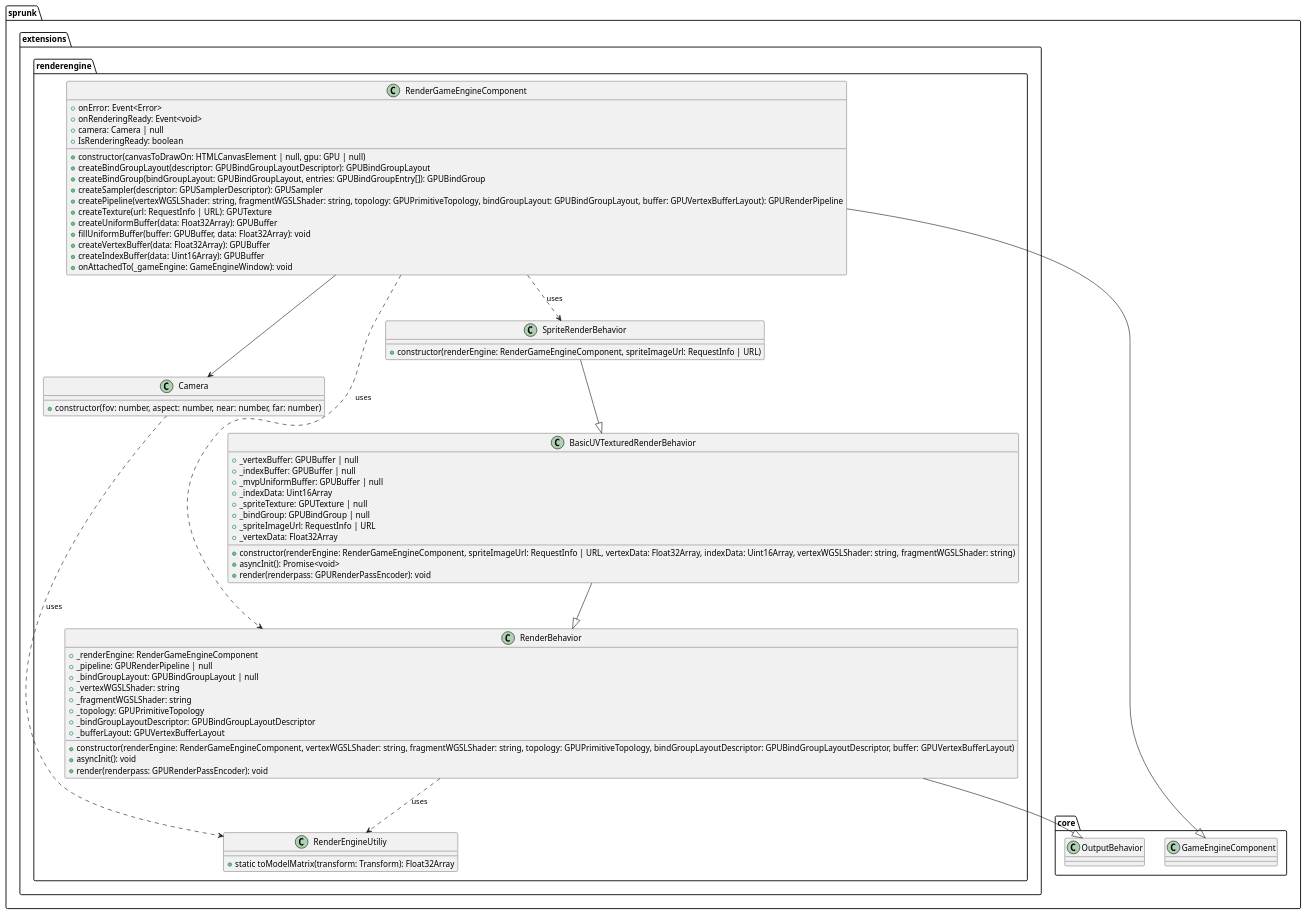
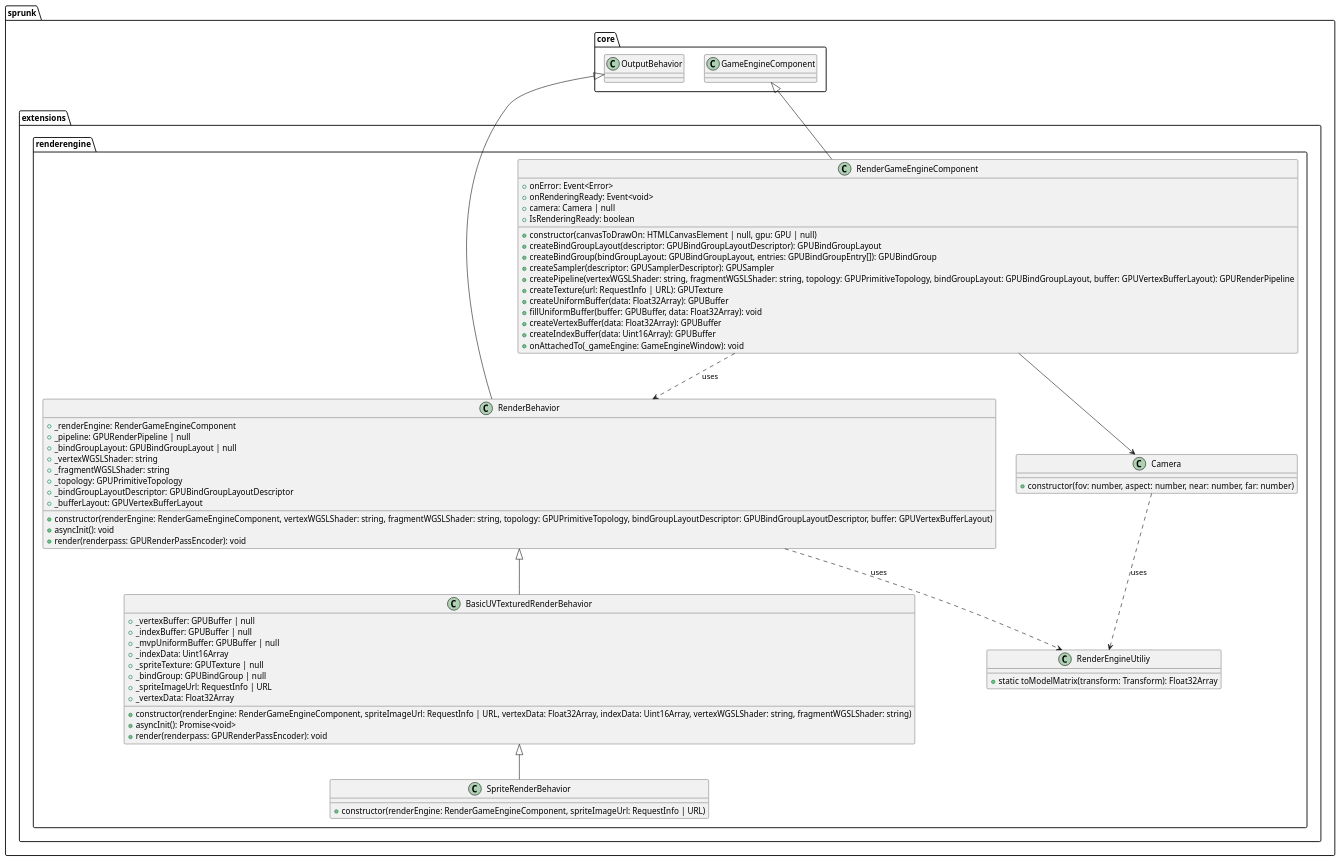
One commit to CPNV-ES/game-engine changed the diagram in doc/extensions/render-engine/class-diagram.puml. Above: the diagram before and after it, drawn with PlantUML.

Commit message:
chore: change position of class diagram for render engine

```diff
--- a/doc/extensions/render-engine/class-diagram.puml
+++ b/doc/extensions/render-engine/class-diagram.puml
@@ -1,79 +1,78 @@
 @startuml
 
 package sprunk.core{
     class OutputBehavior
     class GameEngineComponent
 }
 
 package sprunk.extensions.renderengine {
 class RenderGameEngineComponent {
   +onError: Event<Error>
   +onRenderingReady: Event<void>
   +camera: Camera | null
   +IsRenderingReady: boolean
   +constructor(canvasToDrawOn: HTMLCanvasElement | null, gpu: GPU | null)
   +createBindGroupLayout(descriptor: GPUBindGroupLayoutDescriptor): GPUBindGroupLayout
   +createBindGroup(bindGroupLayout: GPUBindGroupLayout, entries: GPUBindGroupEntry[]): GPUBindGroup
   +createSampler(descriptor: GPUSamplerDescriptor): GPUSampler
   +createPipeline(vertexWGSLShader: string, fragmentWGSLShader: string, topology: GPUPrimitiveTopology, bindGroupLayout: GPUBindGroupLayout, buffer: GPUVertexBufferLayout): GPURenderPipeline
   +createTexture(url: RequestInfo | URL): GPUTexture
   +createUniformBuffer(data: Float32Array): GPUBuffer
   +fillUniformBuffer(buffer: GPUBuffer, data: Float32Array): void
   +createVertexBuffer(data: Float32Array): GPUBuffer
   +createIndexBuffer(data: Uint16Array): GPUBuffer
   +onAttachedTo(_gameEngine: GameEngineWindow): void
 }
 
 class SpriteRenderBehavior {
   +constructor(renderEngine: RenderGameEngineComponent, spriteImageUrl: RequestInfo | URL)
 }
 
 class RenderEngineUtiliy {
   +static toModelMatrix(transform: Transform): Float32Array
 }
 
 class RenderBehavior {
   +_renderEngine: RenderGameEngineComponent
   +_pipeline: GPURenderPipeline | null
   +_bindGroupLayout: GPUBindGroupLayout | null
   +_vertexWGSLShader: string
   +_fragmentWGSLShader: string
   +_topology: GPUPrimitiveTopology
   +_bindGroupLayoutDescriptor: GPUBindGroupLayoutDescriptor
   +_bufferLayout: GPUVertexBufferLayout
   +constructor(renderEngine: RenderGameEngineComponent, vertexWGSLShader: string, fragmentWGSLShader: string, topology: GPUPrimitiveTopology, bindGroupLayoutDescriptor: GPUBindGroupLayoutDescriptor, buffer: GPUVertexBufferLayout)
   +asyncInit(): void
   +render(renderpass: GPURenderPassEncoder): void
 }
 
 class Camera {
   +constructor(fov: number, aspect: number, near: number, far: number)
 }
 
 class BasicUVTexturedRenderBehavior {
   +_vertexBuffer: GPUBuffer | null
   +_indexBuffer: GPUBuffer | null
   +_mvpUniformBuffer: GPUBuffer | null
   +_indexData: Uint16Array
   +_spriteTexture: GPUTexture | null
   +_bindGroup: GPUBindGroup | null
   +_spriteImageUrl: RequestInfo | URL
   +_vertexData: Float32Array
   +constructor(renderEngine: RenderGameEngineComponent, spriteImageUrl: RequestInfo | URL, vertexData: Float32Array, indexData: Uint16Array, vertexWGSLShader: string, fragmentWGSLShader: string)
   +asyncInit(): Promise<void>
   +render(renderpass: GPURenderPassEncoder): void
 }
 
-RenderGameEngineComponent --|> GameEngineComponent
-RenderBehavior --|> OutputBehavior
-SpriteRenderBehavior --|> BasicUVTexturedRenderBehavior
-BasicUVTexturedRenderBehavior --|> RenderBehavior
+RenderGameEngineComponent -up-|> GameEngineComponent
+RenderBehavior -up-|> OutputBehavior
+SpriteRenderBehavior -up-|> BasicUVTexturedRenderBehavior
+BasicUVTexturedRenderBehavior -up-|> RenderBehavior
 
 RenderGameEngineComponent --> Camera
 RenderGameEngineComponent ..> RenderBehavior : "uses"
-RenderGameEngineComponent ..> SpriteRenderBehavior : "uses"
 RenderBehavior ..> RenderEngineUtiliy : "uses"
 Camera ..> RenderEngineUtiliy : "uses"
 }
 
 @enduml
```
